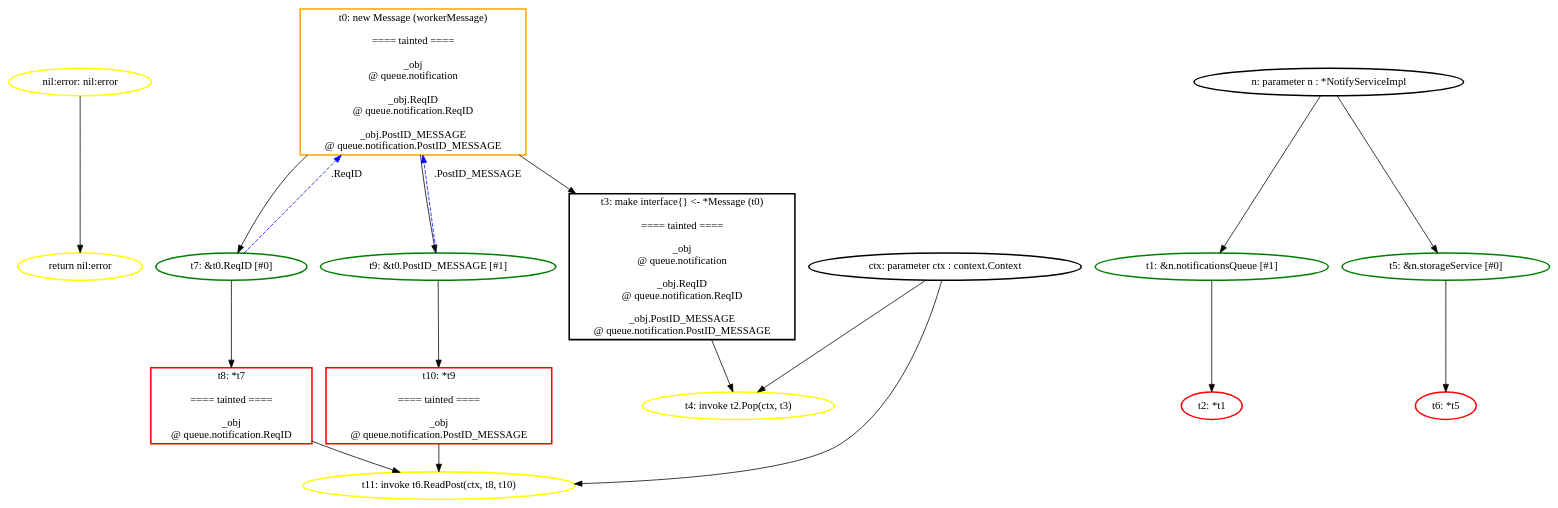
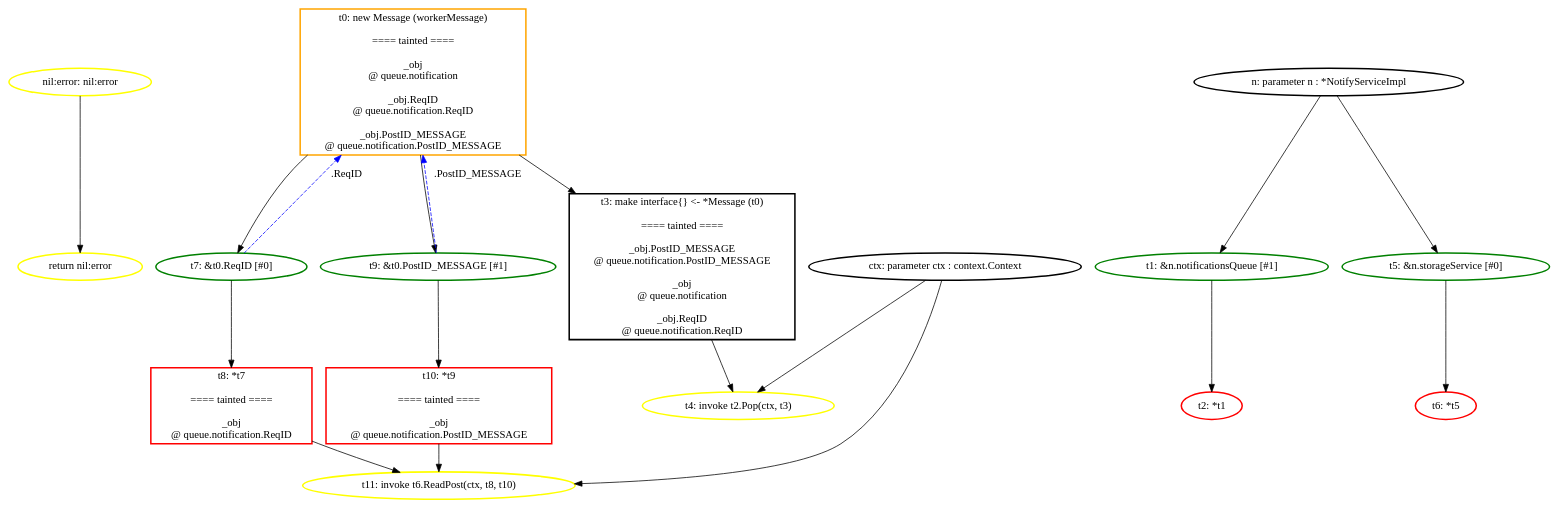
The diagram in ssa_analysis/analyzer/output/blueprint/postnotification/notifyservice_run/graphs/postnotification_simple.NotifyService.workerThread.dot (aletheia-microservices/aletheia), drawn with Graphviz before and after one commit. The commit also changed 21 other files, not shown here.

```diff
--- a/ssa_analysis/analyzer/output/blueprint/postnotification/notifyservice_run/graphs/postnotification_simple.NotifyService.workerThread.dot
+++ b/ssa_analysis/analyzer/output/blueprint/postnotification/notifyservice_run/graphs/postnotification_simple.NotifyService.workerThread.dot
@@ -1,72 +1,72 @@
 digraph G {
 	rankdir=TD;
-	N_instr_ret_3038590 [label="return nil:error", style=bold, shape=ellipse, color="yellow"];
-	N_nil_166781527 [label="nil:error: nil:error", style=bold, shape=ellipse, color="yellow"];
-	N_val_alloc_3038413 [label="t0: new Message (workerMessage)
+	N_instr_ret_2811594 [label="return nil:error", style=bold, shape=ellipse, color="yellow"];
+	N_nil_348094891 [label="nil:error: nil:error", style=bold, shape=ellipse, color="yellow"];
+	N_val_alloc_2811417 [label="t0: new Message (workerMessage)
 
 ==== tainted ====
 
 _obj
 @ queue.notification
 
 _obj.ReqID
 @ queue.notification.ReqID
 
 _obj.PostID_MESSAGE
 @ queue.notification.PostID_MESSAGE
 ", style=bold, shape=box, color="orange"];
-	N_val_call_3038461 [label="t4: invoke t2.Pop(ctx, t3)", style=bold, shape=ellipse, color="yellow"];
-	N_val_call_3038510 [label="t11: invoke t6.ReadPost(ctx, t8, t10)", style=bold, shape=ellipse, color="yellow"];
-	N_val_field_3038439 [label="t1: &n.notificationsQueue [#1]", style=bold, shape=ellipse, color="green"];
-	N_val_field_3038487 [label="t5: &n.storageService [#0]", style=bold, shape=ellipse, color="green"];
-	N_val_field_3038530 [label="t7: &t0.ReqID [#0]", style=bold, shape=ellipse, color="green"];
-	N_val_field_3038551 [label="t9: &t0.PostID_MESSAGE [#1]", style=bold, shape=ellipse, color="green"];
+	N_val_call_2811465 [label="t4: invoke t2.Pop(ctx, t3)", style=bold, shape=ellipse, color="yellow"];
+	N_val_call_2811514 [label="t11: invoke t6.ReadPost(ctx, t8, t10)", style=bold, shape=ellipse, color="yellow"];
+	N_val_field_2811443 [label="t1: &n.notificationsQueue [#1]", style=bold, shape=ellipse, color="green"];
+	N_val_field_2811491 [label="t5: &n.storageService [#0]", style=bold, shape=ellipse, color="green"];
+	N_val_field_2811534 [label="t7: &t0.ReqID [#0]", style=bold, shape=ellipse, color="green"];
+	N_val_field_2811555 [label="t9: &t0.PostID_MESSAGE [#1]", style=bold, shape=ellipse, color="green"];
 	N_val_ifacet3 [label="t3: make interface{} <- *Message (t0)
 
 ==== tainted ====
+
+_obj.PostID_MESSAGE
+@ queue.notification.PostID_MESSAGE
 
 _obj
 @ queue.notification
 
 _obj.ReqID
 @ queue.notification.ReqID
-
-_obj.PostID_MESSAGE
-@ queue.notification.PostID_MESSAGE
 ", style=bold, shape=box, color="black"];
-	N_val_param_3038297 [label="n: parameter n : *NotifyServiceImpl", style=bold, shape=ellipse, color="black"];
-	N_val_param_3038332 [label="ctx: parameter ctx : context.Context", style=bold, shape=ellipse, color="black"];
-	N_val_unary_3038439 [label="t2: *t1", style=bold, shape=ellipse, color="red"];
-	N_val_unary_3038487 [label="t6: *t5", style=bold, shape=ellipse, color="red"];
-	N_val_unary_3038530 [label="t8: *t7
+	N_val_param_2811301 [label="n: parameter n : *NotifyServiceImpl", style=bold, shape=ellipse, color="black"];
+	N_val_param_2811336 [label="ctx: parameter ctx : context.Context", style=bold, shape=ellipse, color="black"];
+	N_val_unary_2811443 [label="t2: *t1", style=bold, shape=ellipse, color="red"];
+	N_val_unary_2811491 [label="t6: *t5", style=bold, shape=ellipse, color="red"];
+	N_val_unary_2811534 [label="t8: *t7
 
 ==== tainted ====
 
 _obj
 @ queue.notification.ReqID
 ", style=bold, shape=box, color="red"];
-	N_val_unary_3038551 [label="t10: *t9
+	N_val_unary_2811555 [label="t10: *t9
 
 ==== tainted ====
 
 _obj
 @ queue.notification.PostID_MESSAGE
 ", style=bold, shape=box, color="red"];
-	N_val_param_3038297 -> N_val_field_3038439;
-	N_val_field_3038439 -> N_val_unary_3038439;
-	N_val_alloc_3038413 -> N_val_ifacet3;
-	N_val_param_3038332 -> N_val_call_3038461;
-	N_val_ifacet3 -> N_val_call_3038461;
-	N_val_param_3038297 -> N_val_field_3038487;
-	N_val_field_3038487 -> N_val_unary_3038487;
-	N_val_alloc_3038413 -> N_val_field_3038530;
-	N_val_field_3038530 -> N_val_unary_3038530;
-	N_val_alloc_3038413 -> N_val_field_3038551;
-	N_val_field_3038551 -> N_val_unary_3038551;
-	N_val_param_3038332 -> N_val_call_3038510;
-	N_val_unary_3038530 -> N_val_call_3038510;
-	N_val_unary_3038551 -> N_val_call_3038510;
-	N_nil_166781527 -> N_instr_ret_3038590;
-	N_val_field_3038530 -> N_val_alloc_3038413 [label=".ReqID", style=dashed, color=blue];
-	N_val_field_3038551 -> N_val_alloc_3038413 [label=".PostID_MESSAGE", style=dashed, color=blue];
+	N_val_param_2811301 -> N_val_field_2811443;
+	N_val_field_2811443 -> N_val_unary_2811443;
+	N_val_alloc_2811417 -> N_val_ifacet3;
+	N_val_param_2811336 -> N_val_call_2811465;
+	N_val_ifacet3 -> N_val_call_2811465;
+	N_val_param_2811301 -> N_val_field_2811491;
+	N_val_field_2811491 -> N_val_unary_2811491;
+	N_val_alloc_2811417 -> N_val_field_2811534;
+	N_val_field_2811534 -> N_val_unary_2811534;
+	N_val_alloc_2811417 -> N_val_field_2811555;
+	N_val_field_2811555 -> N_val_unary_2811555;
+	N_val_param_2811336 -> N_val_call_2811514;
+	N_val_unary_2811534 -> N_val_call_2811514;
+	N_val_unary_2811555 -> N_val_call_2811514;
+	N_nil_348094891 -> N_instr_ret_2811594;
+	N_val_field_2811534 -> N_val_alloc_2811417 [label=".ReqID", style=dashed, color=blue];
+	N_val_field_2811555 -> N_val_alloc_2811417 [label=".PostID_MESSAGE", style=dashed, color=blue];
 }
```
